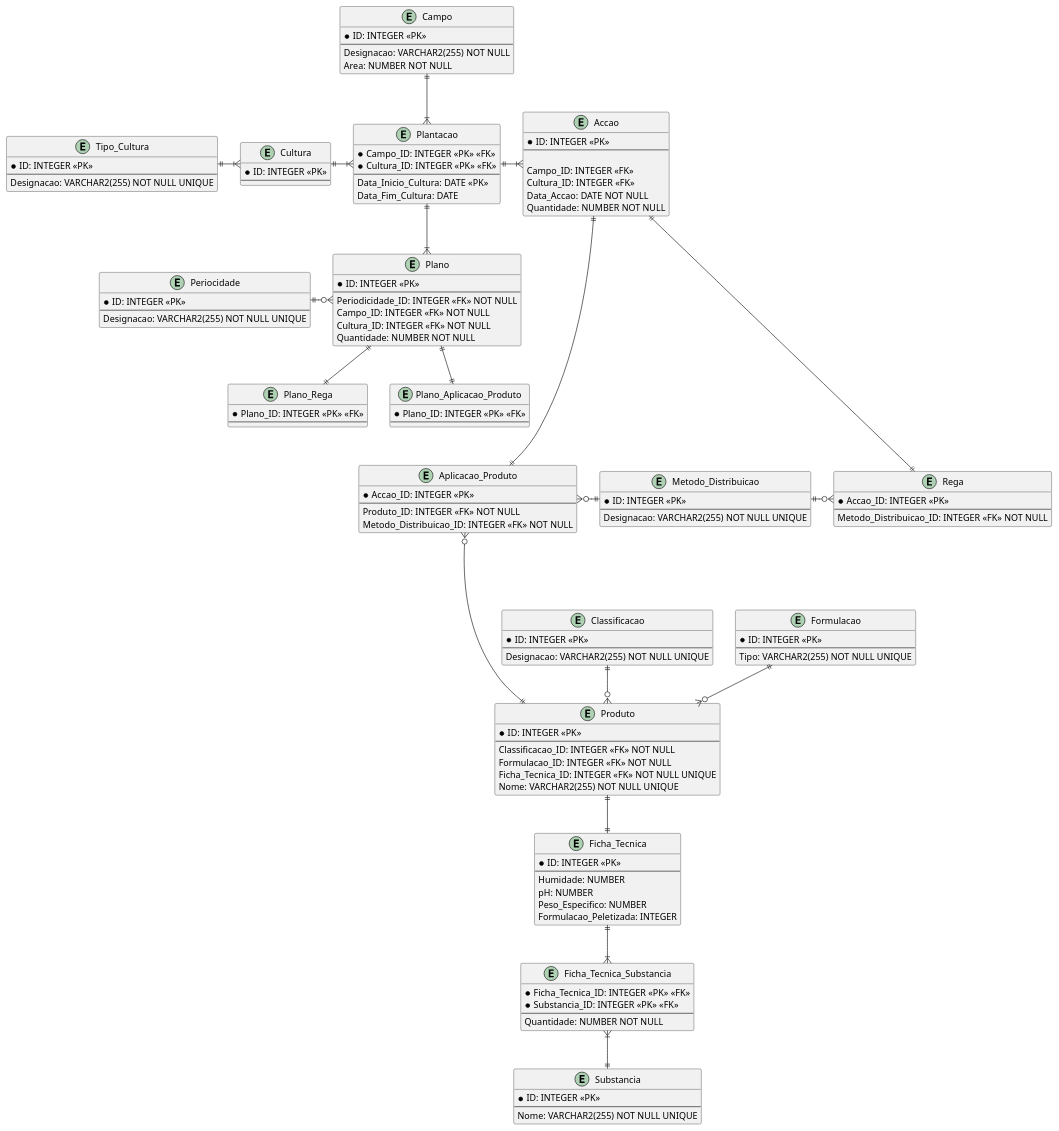
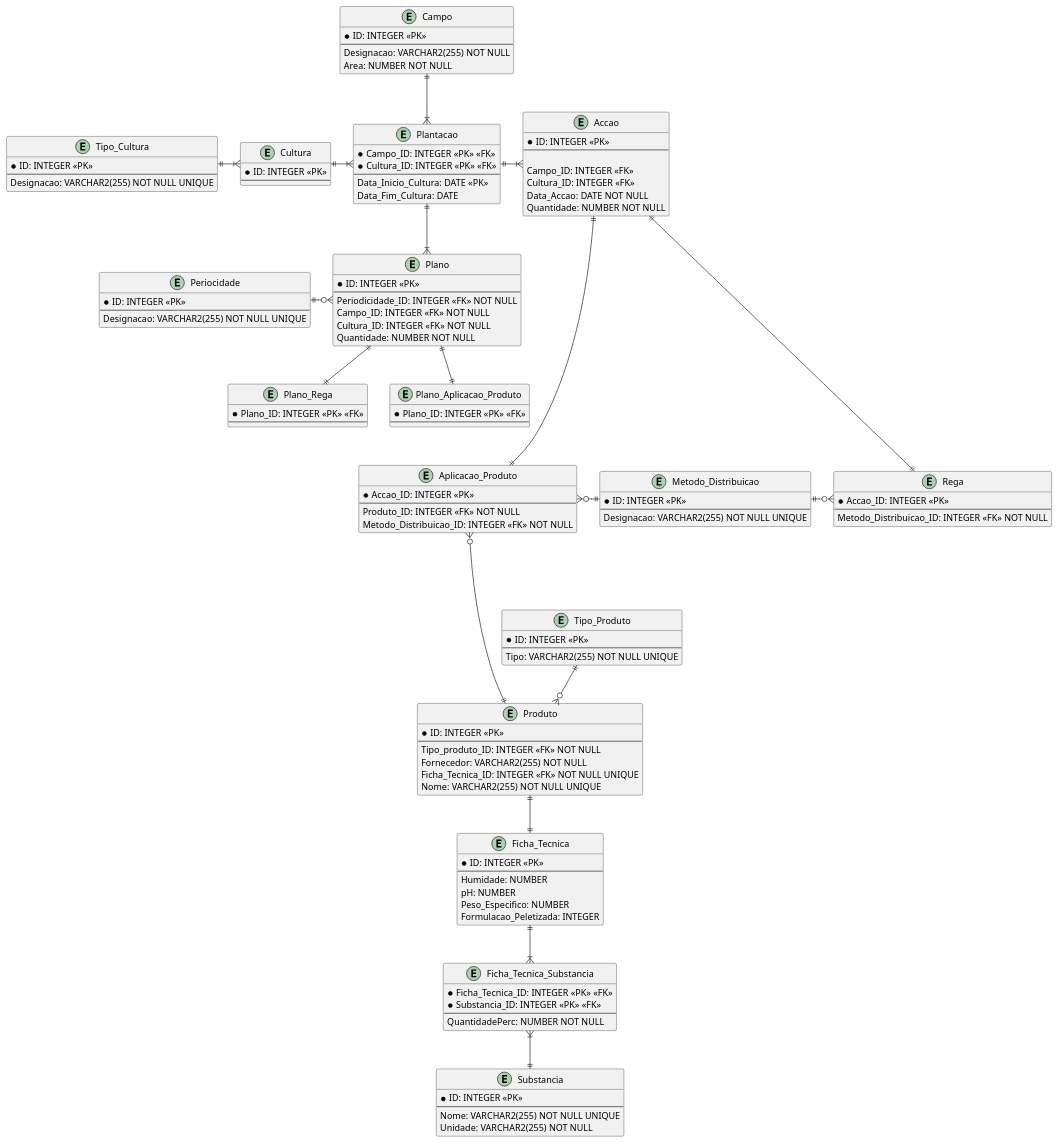
Before and after one commit to Mendoncaa/LAPR3: the diagram in BDDAD/Quinta-Manutenção.puml, drawn with PlantUML. The commit also changed 1 other file, not shown here.

```diff
--- a/BDDAD/Quinta-Manutenção.puml
+++ b/BDDAD/Quinta-Manutenção.puml
@@ -1,167 +1,161 @@
 @startuml Quinta-Manutenção
 
 /'TODO #1:- Verificar se a Designação de um Campo é única e se estas 
 devem seguir um conjunto de regras;'/
 /'TODO #2:- Determinar o valor minímo de uma qualquer Área;'/
 /'Constraints:- [[Area, CHECK(Area > Mínimo)]]'/
 entity Campo {
     * ID: INTEGER <<PK>>
     --
     Designacao: VARCHAR2(255) NOT NULL
     Area: NUMBER NOT NULL
 }
 
 /'Triggers:-
     #1: Verificar que uma Cultura não é simultaneamente uma Cultura_Temporaria
     e Cultura_Permanente;'/
 entity Cultura {
     * ID: INTEGER <<PK>>
     --
 }
 
 /'Constraints:- [[Campo_ID, Data_Inicio_Cultura, UNIQUE(Campo_ID, Data_Inicio_Cultura)], 
 [Data_Fim_Cultura, CHECK(Data_Fim_Cultura < Data_Inicio_Cultura)]]'/
 entity Plantacao {
     * Campo_ID: INTEGER <<PK>> <<FK>>
     * Cultura_ID: INTEGER <<PK>> <<FK>>
     --
     Data_Inicio_Cultura: DATE <<PK>>
     Data_Fim_Cultura: DATE
 }
 
 /'Constraints:- [[Quantidade, CHECK(Quantidade > 0)]]'/
 entity Accao {
     * ID: INTEGER <<PK>>
     --
 
     Campo_ID: INTEGER <<FK>>
     Cultura_ID: INTEGER <<FK>>
     Data_Accao: DATE NOT NULL
     Quantidade: NUMBER NOT NULL
 }
 
 entity Metodo_Distribuicao {
     * ID: INTEGER <<PK>>
     --
     Designacao: VARCHAR2(255) NOT NULL UNIQUE
 }
 
 entity Rega {
     * Accao_ID: INTEGER <<PK>>
     --
     Metodo_Distribuicao_ID: INTEGER <<FK>> NOT NULL
 }
 
 entity Aplicacao_Produto {
     * Accao_ID: INTEGER <<PK>>
     --
     Produto_ID: INTEGER <<FK>> NOT NULL
     Metodo_Distribuicao_ID: INTEGER <<FK>> NOT NULL
 }
 
 entity Produto {
     * ID: INTEGER <<PK>>
     --
-    Classificacao_ID: INTEGER <<FK>> NOT NULL
-    Formulacao_ID: INTEGER <<FK>> NOT NULL
+    Tipo_produto_ID: INTEGER <<FK>> NOT NULL
+    Fornecedor: VARCHAR2(255) NOT NULL
     Ficha_Tecnica_ID: INTEGER <<FK>> NOT NULL UNIQUE
     Nome: VARCHAR2(255) NOT NULL UNIQUE
 }
 
-entity Classificacao {
-    * ID: INTEGER <<PK>>
-    --
-    Designacao: VARCHAR2(255) NOT NULL UNIQUE
-}
 
-entity Formulacao {
+entity Tipo_Produto {
     * ID: INTEGER <<PK>>
     --
     Tipo: VARCHAR2(255) NOT NULL UNIQUE
 }
 
 entity Ficha_Tecnica {
     * ID: INTEGER <<PK>>
     --
     Humidade: NUMBER
     pH: NUMBER
     Peso_Especifico: NUMBER
     Formulacao_Peletizada: INTEGER
 }
 
 entity Ficha_Tecnica_Substancia {
     * Ficha_Tecnica_ID: INTEGER <<PK>> <<FK>>
     * Substancia_ID: INTEGER <<PK>> <<FK>>
     --
-    Quantidade: NUMBER NOT NULL
+    QuantidadePerc: NUMBER NOT NULL
 }
 
 entity Substancia {
     * ID: INTEGER <<PK>>
     --
     Nome: VARCHAR2(255) NOT NULL UNIQUE
+    Unidade: VARCHAR2(255) NOT NULL
 }
 
 entity Tipo_Cultura {
     * ID: INTEGER <<PK>>
     --
     Designacao: VARCHAR2(255) NOT NULL UNIQUE
 }
 
 entity Plano {
     * ID: INTEGER <<PK>>
     --
     Periodicidade_ID: INTEGER <<FK>> NOT NULL
     Campo_ID: INTEGER <<FK>> NOT NULL
     Cultura_ID: INTEGER <<FK>> NOT NULL
     Quantidade: NUMBER NOT NULL
 }
 
 entity Periocidade {
     * ID: INTEGER <<PK>>
     --
     Designacao: VARCHAR2(255) NOT NULL UNIQUE
 }
 
 entity Plano_Rega {
     * Plano_ID: INTEGER <<PK>> <<FK>>
     --
 }
 
 entity Plano_Aplicacao_Produto {
     * Plano_ID: INTEGER <<PK>> <<FK>>
     --
 }
 
 Campo ||-d-|{ Plantacao
 
 Cultura ||-r-|{ Plantacao
 Cultura }|-l-|| Tipo_Cultura 
 
 Plantacao ||-r-|{ Accao
 Plantacao ||-d-|{ Plano
 
 Accao ||--d--|| Rega
 Accao ||--d--|| Aplicacao_Produto
 
 Metodo_Distribuicao ||-r-o{ Rega
 Metodo_Distribuicao ||-l-o{ Aplicacao_Produto
 
-Classificacao ||-d-o{ Produto
-
-Formulacao ||-d-o{ Produto
+Tipo_Produto ||-d-o{ Produto
 
 Produto ||-d-|| Ficha_Tecnica
 Produto ||--u--o{ Aplicacao_Produto
 
 Ficha_Tecnica ||-d-|{ Ficha_Tecnica_Substancia
 
 Substancia ||-u-|{ Ficha_Tecnica_Substancia
 
 Periocidade ||-r-o{ Plano
 
 Plano_Rega ||-u-|| Plano
 
 Plano_Aplicacao_Produto ||-u-|| Plano
 
 @enduml
```
